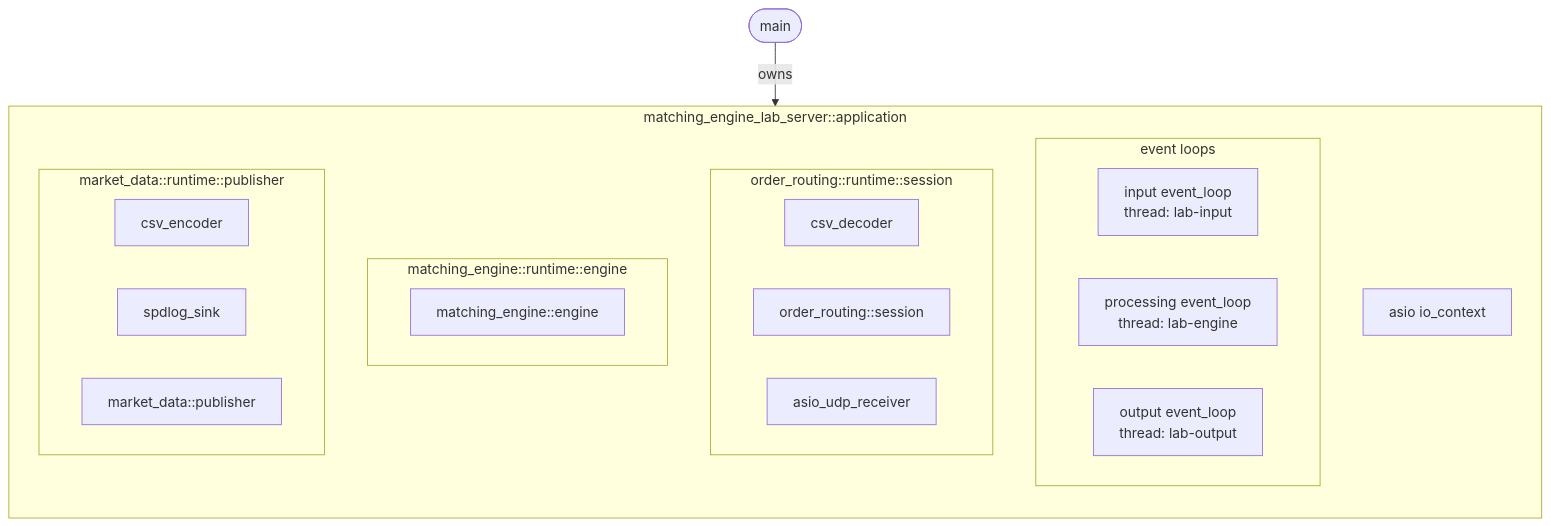
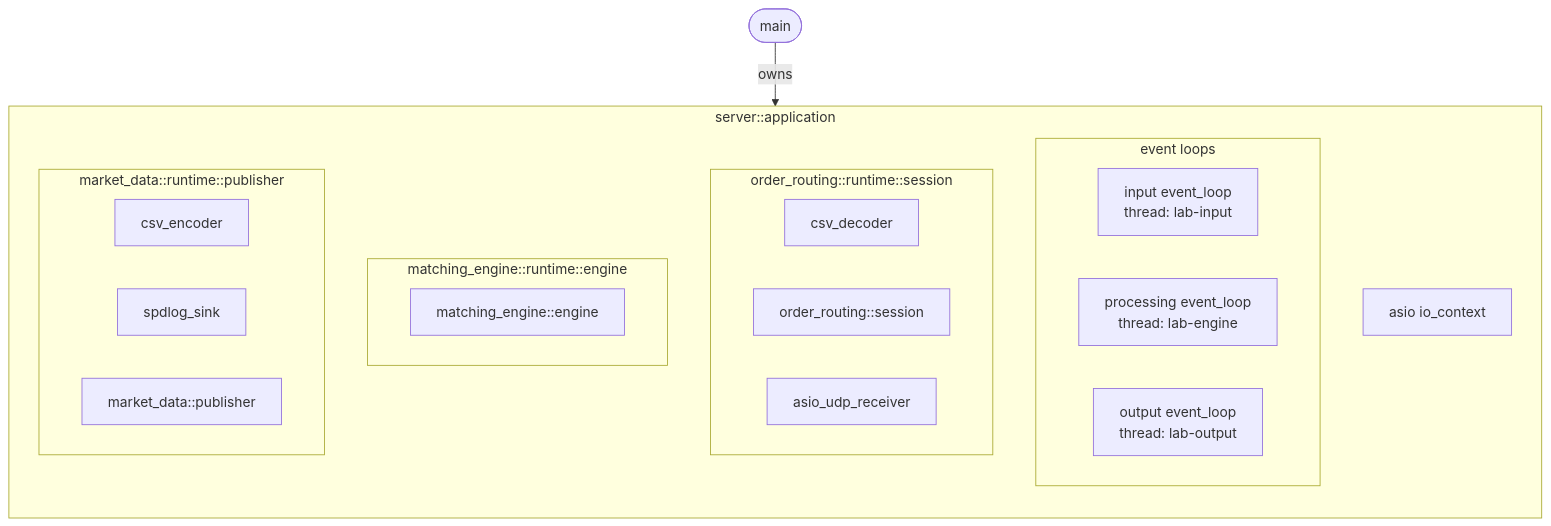
Before and after one commit to indiosmo/cpp-demo-build: the first of 2 diagrams in docs/runtime-startup.md, drawn with Mermaid. The commit also changed other lines of this file and 78 other files, not shown here.

````diff
--- a/docs/runtime-startup.md
+++ b/docs/runtime-startup.md
@@ -32,38 +32,38 @@
 ```mermaid
 flowchart TB
   main([main])
 
-  subgraph application[matching_engine_lab_server::application]
+  subgraph application[server::application]
     direction TB
 
     subgraph loops[event loops]
       direction LR
       input_loop[input event_loop<br/>thread: lab-input]
       processing_loop[processing event_loop<br/>thread: lab-engine]
       output_loop[output event_loop<br/>thread: lab-output]
     end
 
     io_context[asio io_context]
 
     subgraph routing[order_routing::runtime::session]
       direction LR
       decoder[csv_decoder]
       inner_session[order_routing::session]
       receiver[asio_udp_receiver]
     end
 
     subgraph engine_box[matching_engine::runtime::engine]
       direction LR
       engine_stage[matching_engine::engine]
     end
 
     subgraph publisher_box[market_data::runtime::publisher]
       direction LR
       encoder[csv_encoder]
       sink[spdlog_sink]
       inner_publisher[market_data::publisher]
     end
   end
 
   main -->|owns| application
 ```
````
